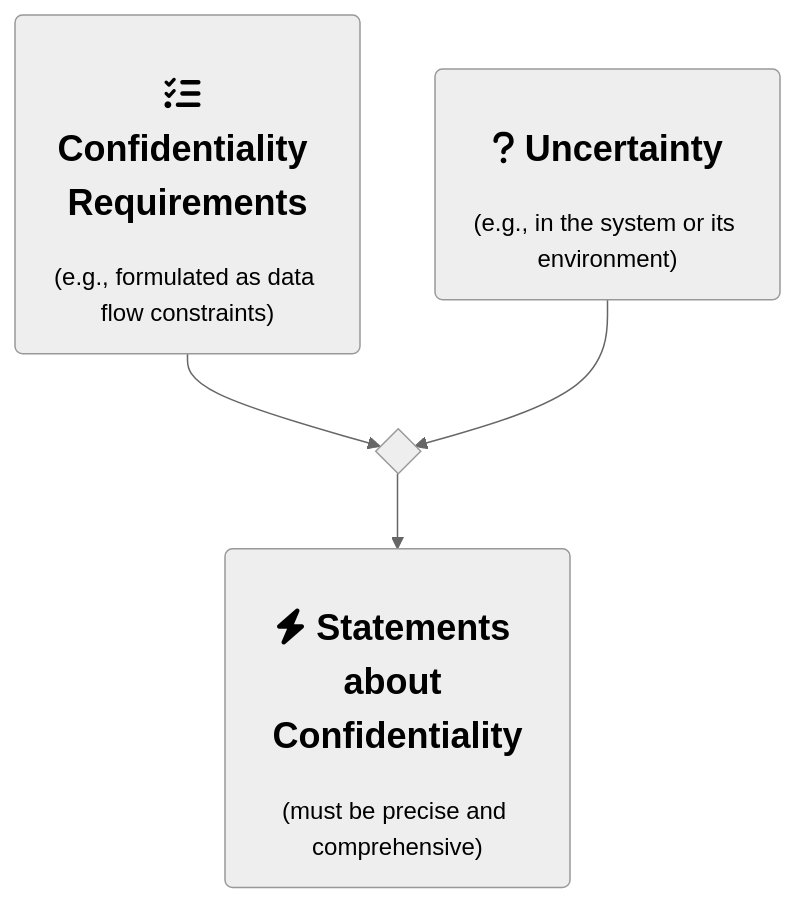
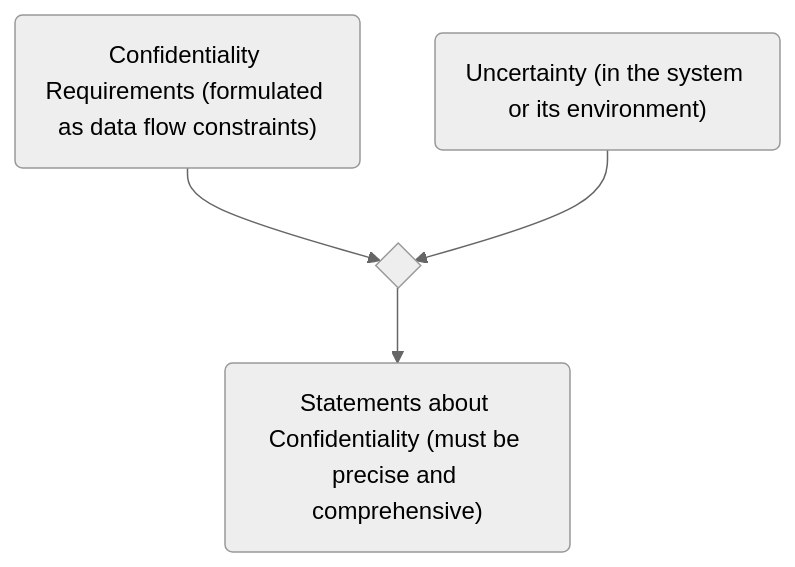
Before and after one commit to abunai-dev/.github: the diagram in profile/README.md, drawn with Mermaid (neutral theme). The commit also changed other lines of this file, not shown here.

````diff
--- a/profile/README.md
+++ b/profile/README.md
@@ -28,6 +28,6 @@
 ```mermaid
 graph TD
-    RQ("<h2><b>fa:fa-tasks Confidentiality Requirements</b></h2>(e.g., formulated as data flow constraints)") --> intersect
-    intersect --> Result("<h2><b>fa:fa-bolt Statements about Confidentiality</b></h2>(must be precise and comprehensive)")
-    Uncertainty("<h2><b>fa:fa-question Uncertainty</b></h2>(e.g., in the system or its environment)") --> intersect{ }
+    RQ("Confidentiality Requirements (formulated as data flow constraints)") --> intersect
+    intersect --> Result("Statements about Confidentiality (must be precise and comprehensive)")
+    Uncertainty("Uncertainty (in the system or its environment)") --> intersect{ }
 ```
````
